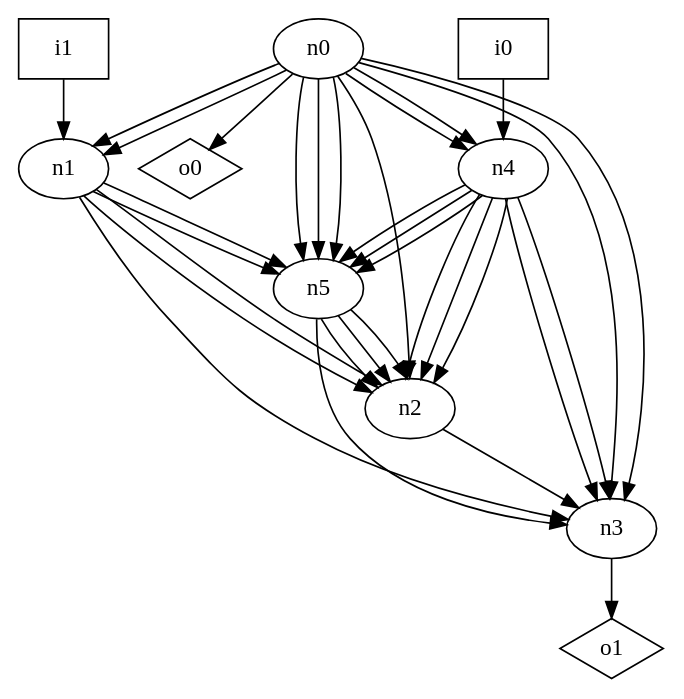
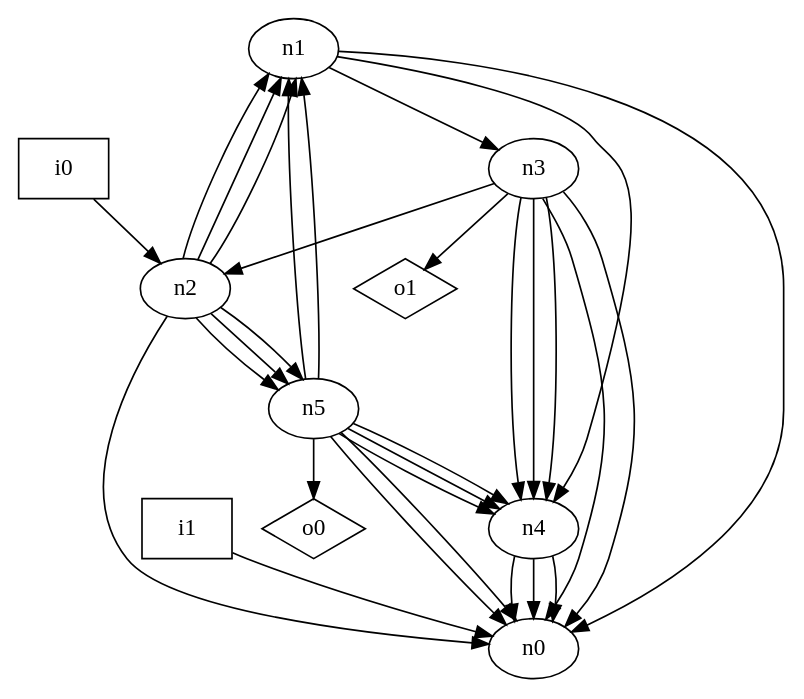
Before and after one commit to p9romain/bool-circuits: the diagram in dot_files/random/random_oriented_loop_free_graph.dot, drawn with Graphviz. The commit also changed 23 other files, not shown here.

```diff
--- a/dot_files/random/random_oriented_loop_free_graph.dot
+++ b/dot_files/random/random_oriented_loop_free_graph.dot
@@ -1,44 +1,42 @@
 digraph G {
 n0 [label="n0"];
 n1 [label="n1"];
 n2 [label="n2"];
 n3 [label="n3"];
 n4 [label="n4"];
 n5 [label="n5"];
 n6 [label="i0",shape="box"];
 n7 [label="i1",shape="box"];
 n8 [label="o0",shape="diamond"];
 n9 [label="o1",shape="diamond"];
-n0 -> n1
-n0 -> n1
-n0 -> n2
-n0 -> n3
-n0 -> n3
-n0 -> n4
-n0 -> n4
-n0 -> n5
-n0 -> n5
-n0 -> n5
-n0 -> n8
-n1 -> n2
-n1 -> n2
+n1 -> n0
 n1 -> n3
-n1 -> n5
-n1 -> n5
-n2 -> n3
+n1 -> n4
+n2 -> n0
+n2 -> n1
+n2 -> n1
+n2 -> n1
+n2 -> n5
+n2 -> n5
+n2 -> n5
+n3 -> n0
+n3 -> n0
+n3 -> n2
+n3 -> n4
+n3 -> n4
+n3 -> n4
 n3 -> n9
-n4 -> n2
-n4 -> n2
-n4 -> n2
-n4 -> n3
-n4 -> n3
-n4 -> n5
-n4 -> n5
-n4 -> n5
-n5 -> n2
-n5 -> n2
-n5 -> n2
-n5 -> n3
-n6 -> n4
-n7 -> n1
+n4 -> n0
+n4 -> n0
+n4 -> n0
+n5 -> n0
+n5 -> n0
+n5 -> n1
+n5 -> n1
+n5 -> n4
+n5 -> n4
+n5 -> n4
+n5 -> n8
+n6 -> n2
+n7 -> n0
 }
```
